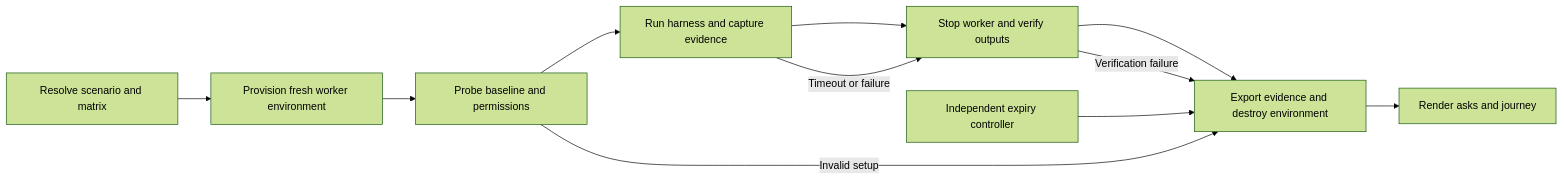
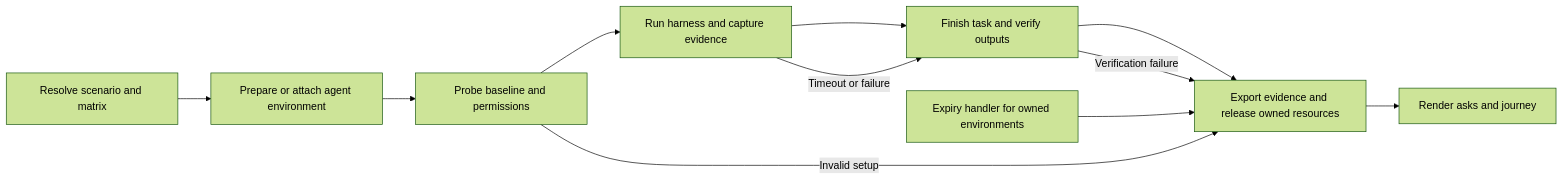
The diagram in docs/design/execution-environments.md (royosherove/ajx), drawn with Mermaid (forest theme) before and after one commit. The commit also changed other lines of this file and 4 other files, not shown here.

Commit message:
Plan live dashboards and CI with configurable agent environments

````diff
--- a/docs/design/execution-environments.md
+++ b/docs/design/execution-environments.md
@@ -319,13 +323,13 @@
 ```mermaid
 flowchart LR
-    A["Resolve scenario and matrix"] --> B["Provision fresh worker environment"]
+    A["Resolve scenario and matrix"] --> B["Prepare or attach agent environment"]
     B --> C["Probe baseline and permissions"]
     C --> D["Run harness and capture evidence"]
-    D --> E["Stop worker and verify outputs"]
-    E --> F["Export evidence and destroy environment"]
+    D --> E["Finish task and verify outputs"]
+    E --> F["Export evidence and release owned resources"]
     F --> G["Render asks and journey"]
     C -->|Invalid setup| F
     D -->|Timeout or failure| E
     E -->|Verification failure| F
-    H["Independent expiry controller"] --> F
+    H["Expiry handler for owned environments"] --> F
 ```
````
